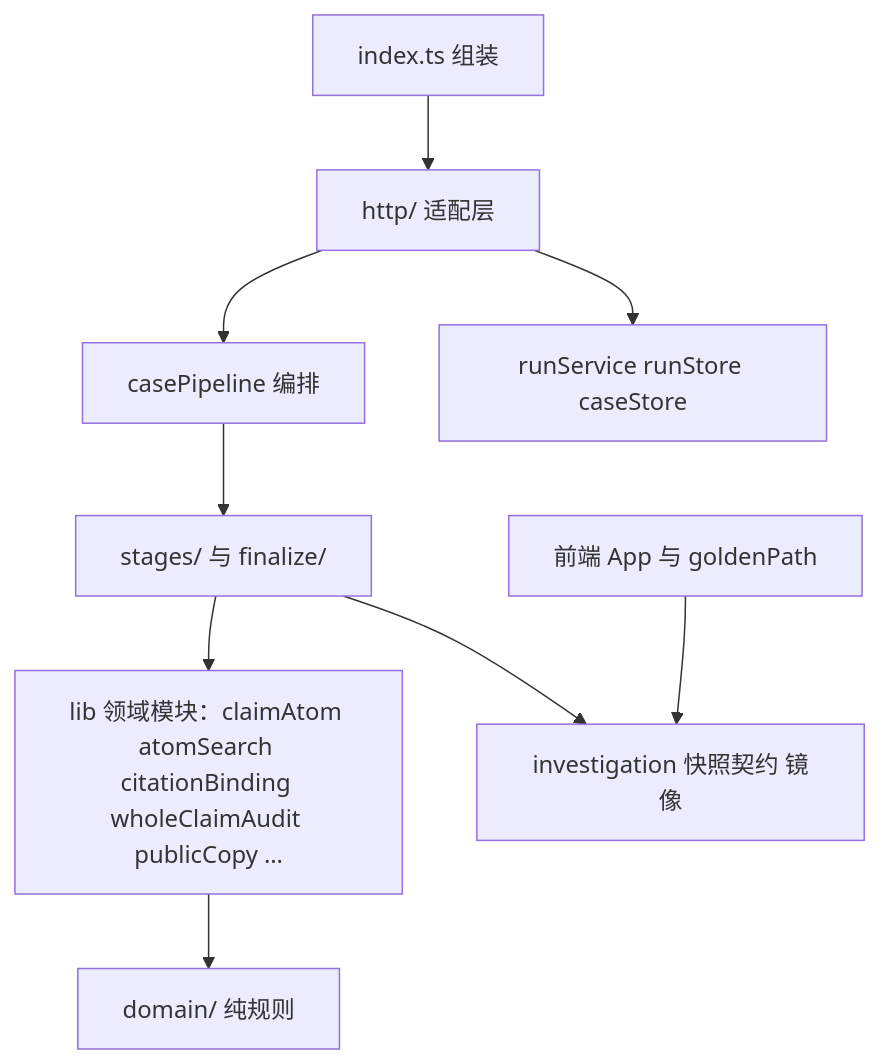
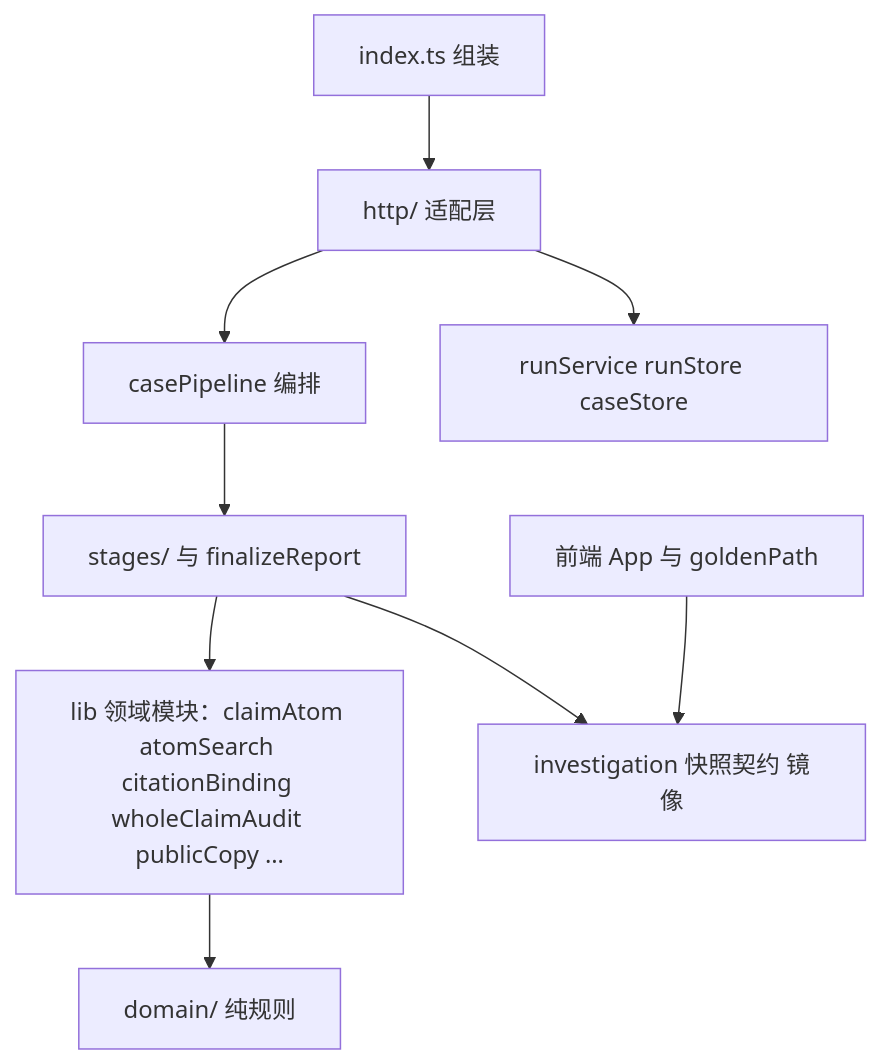
One commit to yishu-ziyu/red-herring-and-gun changed the diagram in docs/architecture-target.md. Above: the diagram before and after it, drawn with Mermaid. The commit also changed other lines of this file and 8 other files, not shown here.

````diff
--- a/docs/architecture-target.md
+++ b/docs/architecture-target.md
@@ -112,11 +111,11 @@
 ```mermaid
 flowchart TD
   IDX[index.ts 组装] --> HTTP[http/ 适配层]
   HTTP --> CP[casePipeline 编排]
-  CP --> ST[stages/ 与 finalize/]
+  CP --> ST[stages/ 与 finalizeReport]
   ST --> LIB[lib 领域模块：claimAtom atomSearch citationBinding wholeClaimAudit publicCopy …]
   LIB --> DOM[domain/ 纯规则]
   ST --> INV[investigation 快照契约 镜像]
   HTTP --> STORE[runService runStore caseStore]
   WEB[前端 App 与 goldenPath] --> INV
 ```
````
